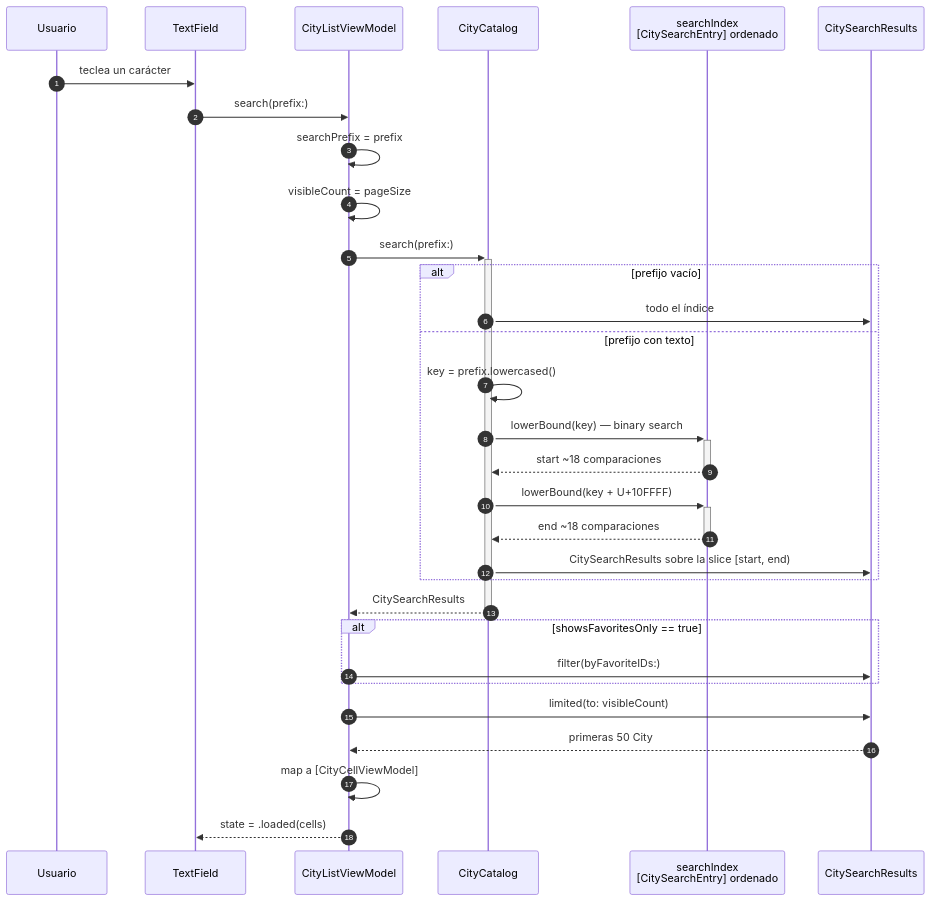
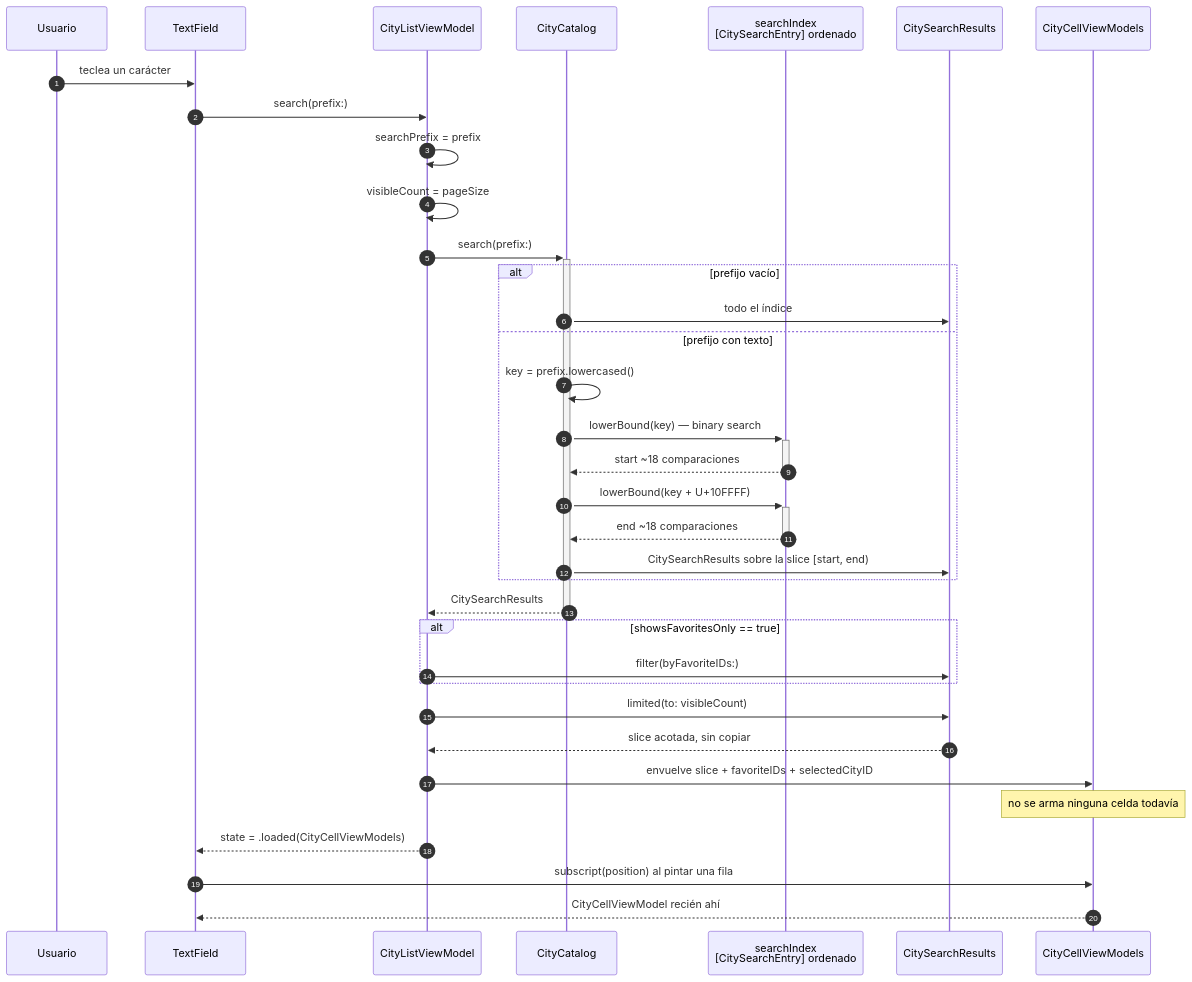
The sixth of 11 diagrams in docs/ARQUITECTURA.md (FranBazan11/ChallengeUALA), drawn with Mermaid before and after one commit. The commit also changed other lines of this file, not shown here.

````diff
--- a/docs/ARQUITECTURA.md
+++ b/docs/ARQUITECTURA.md
@@ -464,37 +532,42 @@
 ```mermaid
 sequenceDiagram
     autonumber
     participant U as Usuario
     participant TF as TextField
     participant VM as CityListViewModel
     participant CAT as CityCatalog
     participant IDX as searchIndex<br/>[CitySearchEntry] ordenado
     participant R as CitySearchResults
+    participant CELLS as CityCellViewModels
 
     U->>TF: teclea un carácter
     TF->>VM: search(prefix:)
     VM->>VM: searchPrefix = prefix
     VM->>VM: visibleCount = pageSize
 
     VM->>+CAT: search(prefix:)
     alt prefijo vacío
         CAT->>R: todo el índice
     else prefijo con texto
         CAT->>CAT: key = prefix.lowercased()
         CAT->>+IDX: lowerBound(key) — binary search
         IDX-->>-CAT: start ~18 comparaciones
         CAT->>+IDX: lowerBound(key + U+10FFFF)
         IDX-->>-CAT: end ~18 comparaciones
         CAT->>R: CitySearchResults sobre la slice [start, end)
     end
     CAT-->>-VM: CitySearchResults
 
     alt showsFavoritesOnly == true
         VM->>R: filter(byFavoriteIDs:)
     end
 
     VM->>R: limited(to: visibleCount)
-    R-->>VM: primeras 50 City
-    VM->>VM: map a [CityCellViewModel]
-    VM-->>TF: state = .loaded(cells)
+    R-->>VM: slice acotada, sin copiar
+    VM->>CELLS: envuelve slice + favoriteIDs + selectedCityID
+    Note over CELLS: no se arma ninguna celda todavía
+    VM-->>TF: state = .loaded(CityCellViewModels)
+
+    TF->>CELLS: subscript(position) al pintar una fila
+    CELLS-->>TF: CityCellViewModel recién ahí
 ```
````
